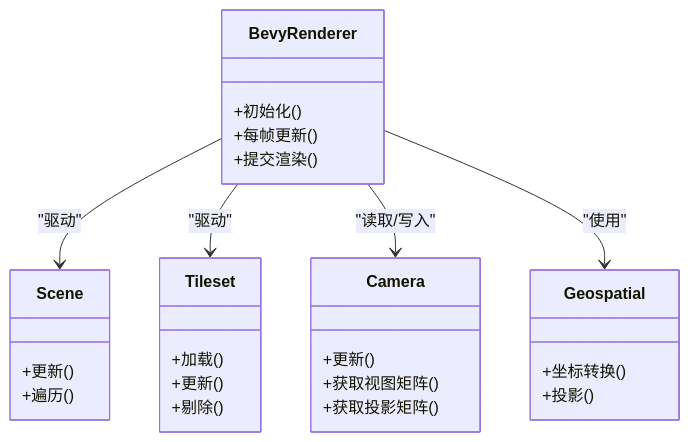
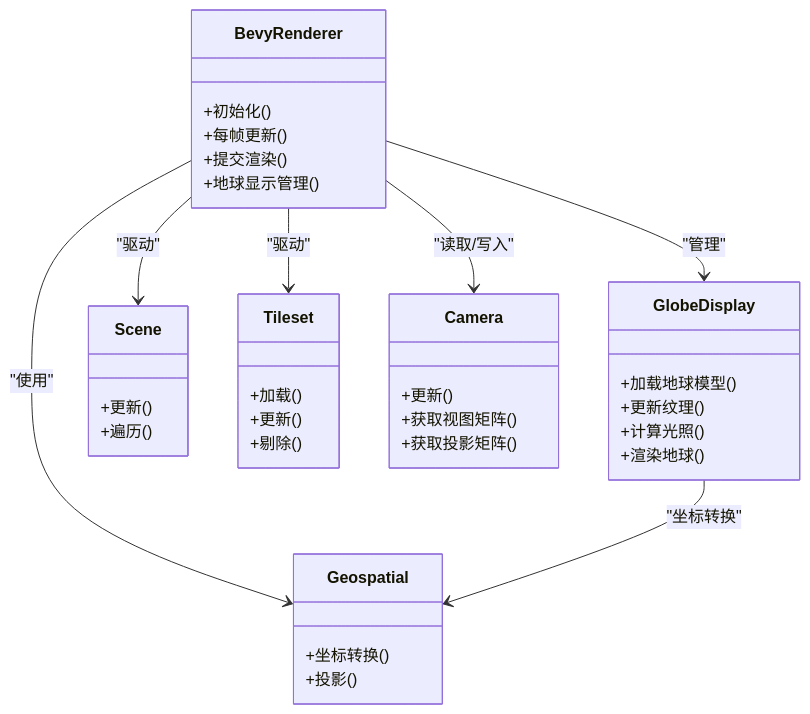
One commit to rzhangjing/cesium changed the third of 5 diagrams in .qoder/repowiki/zh/content/项目概述/核心特性/3D渲染引擎/Bevy渲染适配器.md. Above: the diagram before and after it, drawn with Mermaid. The commit also changed other lines of this file and 178 other files, not shown here.

````diff
--- a/.qoder/repowiki/zh/content/项目概述/核心特性/3D渲染引擎/Bevy渲染适配器.md
+++ b/.qoder/repowiki/zh/content/项目概述/核心特性/3D渲染引擎/Bevy渲染适配器.md
@@ -171,30 +198,39 @@
 ```mermaid
 classDiagram
 class BevyRenderer {
 +初始化()
 +每帧更新()
 +提交渲染()
++地球显示管理()
+}
+class GlobeDisplay {
++加载地球模型()
++更新纹理()
++计算光照()
++渲染地球()
 }
 class Scene {
 +更新()
 +遍历()
 }
 class Tileset {
 +加载()
 +更新()
 +剔除()
 }
 class Camera {
 +更新()
 +获取视图矩阵()
 +获取投影矩阵()
 }
 class Geospatial {
 +坐标转换()
 +投影()
 }
+BevyRenderer --> GlobeDisplay : "管理"
 BevyRenderer --> Scene : "驱动"
 BevyRenderer --> Tileset : "驱动"
 BevyRenderer --> Camera : "读取/写入"
 BevyRenderer --> Geospatial : "使用"
+GlobeDisplay --> Geospatial : "坐标转换"
 ```
````
